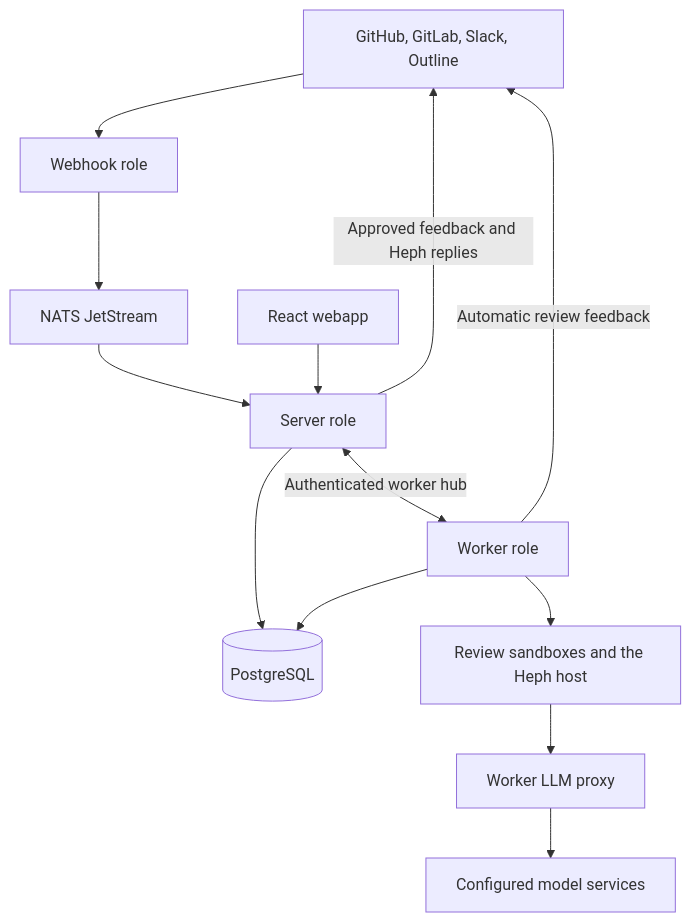
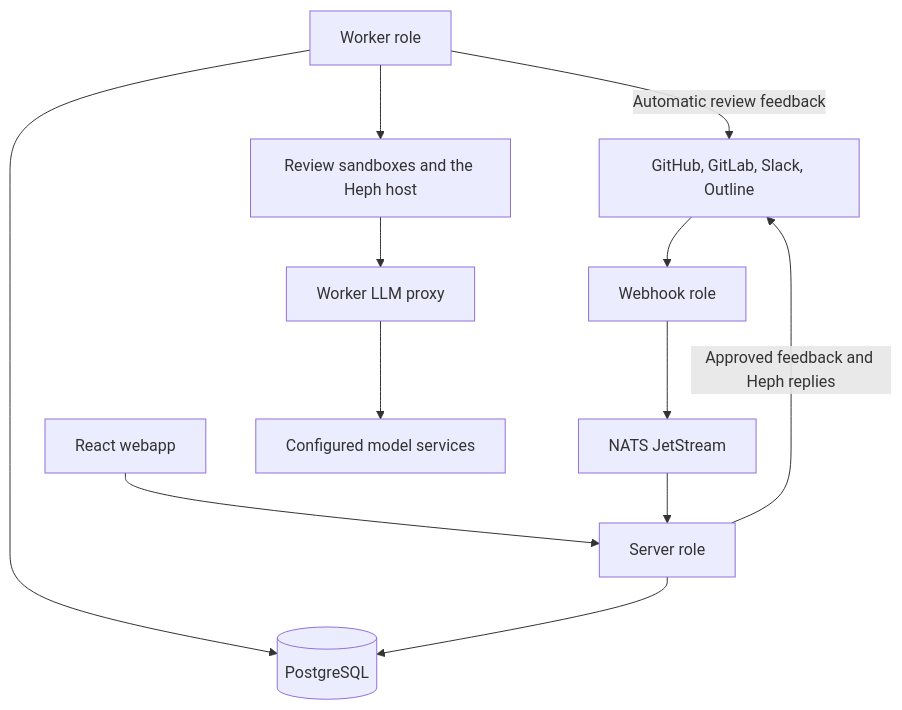
The first of 3 diagrams in docs/contributor/system-design.mdx (hephaestus-build/Hephaestus), drawn with Mermaid before and after one commit. The commit also changed other lines of this file and 139 other files, not shown here.

Commit message:
refactor(server): workers and the server share only the database

````diff
--- a/docs/contributor/system-design.mdx
+++ b/docs/contributor/system-design.mdx
@@ -10,17 +10,16 @@
 ```mermaid
 flowchart TB
     accTitle: Hephaestus runtime topology
-    accDescr: The webapp calls the server. The webhook role verifies provider events and publishes them to NATS. The server consumes events and writes jobs and Heph turns to PostgreSQL. Connected workers run reviews in sandboxes and Heph turns in one Heph host each.
+    accDescr: The webapp calls the server. The webhook role verifies provider events and publishes them to NATS. The server consumes events and writes jobs and Heph turns to PostgreSQL. Workers claim them from PostgreSQL and run reviews in sandboxes and Heph turns in one Heph host each.
     Providers[GitHub, GitLab, Slack, Outline] --> Webhook[Webhook role]
     Webhook --> NATS[NATS JetStream]
     NATS --> Server[Server role]
     SPA[React webapp] --> Server
     Server --> DB[(PostgreSQL)]
     Worker[Worker role] --> DB
-    Server <-->|Authenticated worker hub| Worker
     Worker --> Sandbox[Review sandboxes and the Heph host]
     Sandbox --> Proxy[Worker LLM proxy]
     Proxy --> Models[Configured model services]
     Worker -->|Automatic review feedback| Providers
     Server -->|Approved feedback and Heph replies| Providers
 ```
````
